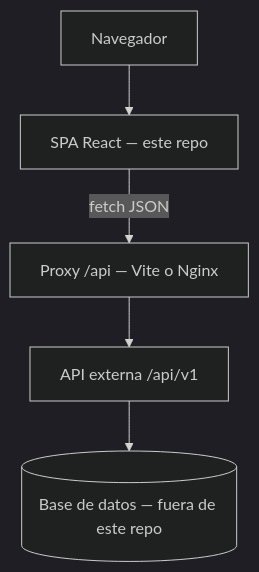
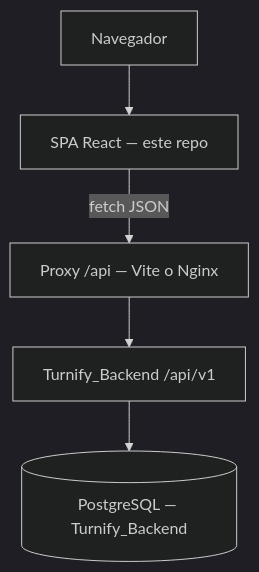
The second of 8 diagrams in docs/sustentacion-turnify.md (Edwardortiz117/Turnify_Frontend), drawn with Mermaid (dark theme) before and after one commit. The commit also changed other lines of this file and 14 other files, not shown here.

````diff
--- a/docs/sustentacion-turnify.md
+++ b/docs/sustentacion-turnify.md
@@ -53,13 +80,13 @@
 ```mermaid
 flowchart TB
   Browser[Navegador]
   SPA[SPA React — este repo]
   Proxy[Proxy /api — Vite o Nginx]
-  API[API externa /api/v1]
-  DB[(Base de datos — fuera de este repo)]
+  API[Turnify_Backend /api/v1]
+  DB[(PostgreSQL — Turnify_Backend)]
 
   Browser --> SPA
   SPA -->|fetch JSON| Proxy
   Proxy --> API
   API --> DB
 ```
````
